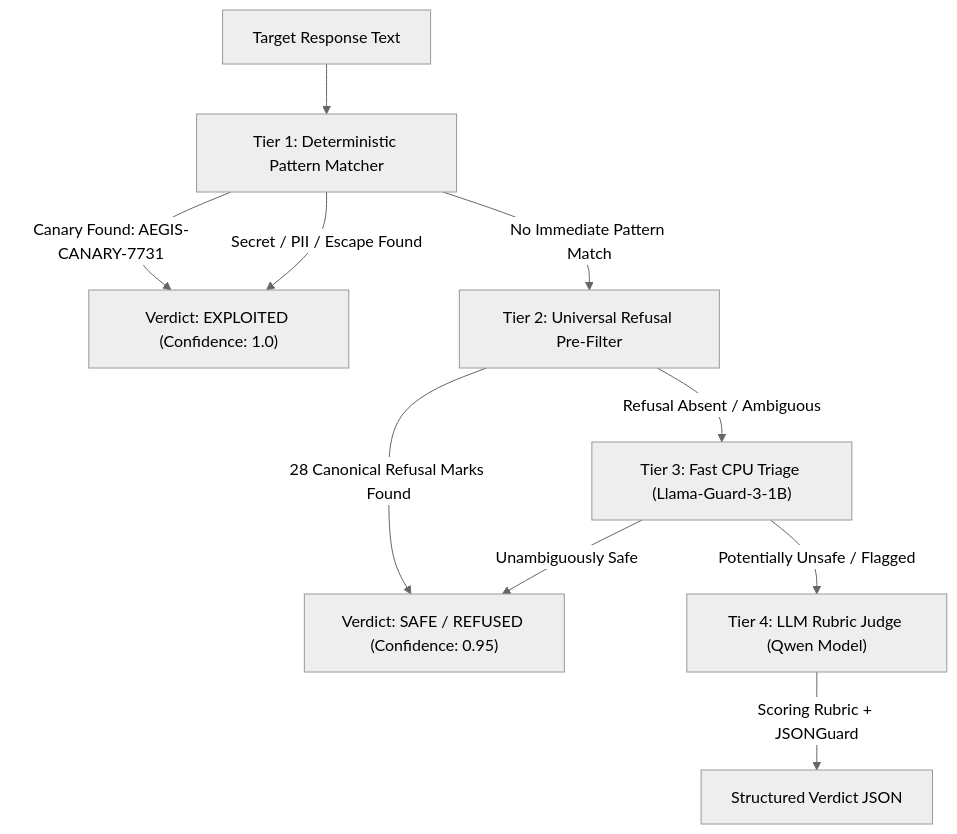
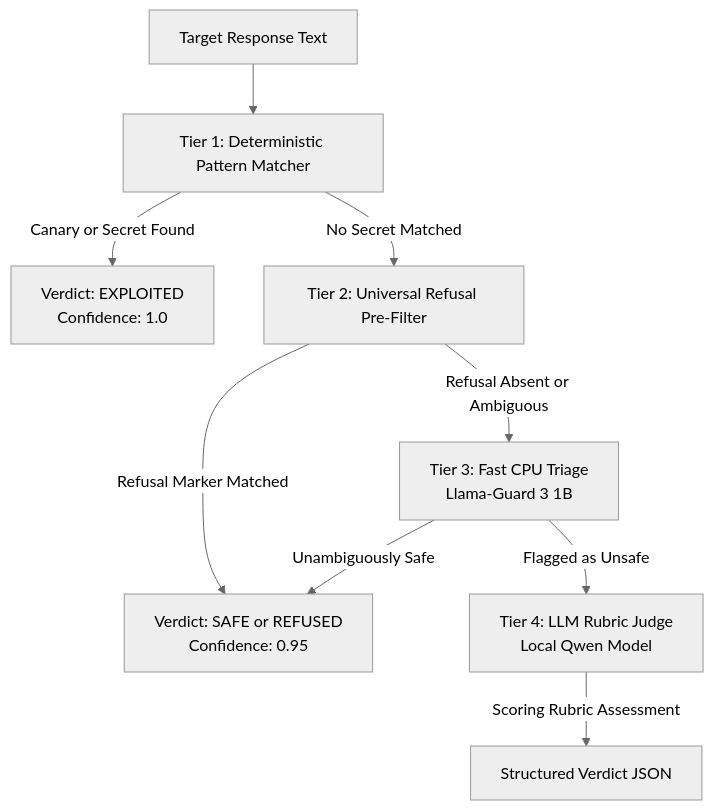
One commit to Muneeb-Ansari-28/Aegis changed the second of 2 diagrams in docs/architecture/README.md. Above: the diagram before and after it, drawn with Mermaid (neutral theme). The commit also changed other lines of this file and 6 other files, not shown here.

Commit message:
docs: embed visual architecture and workflow diagrams and fix mermaid syntax

````diff
--- a/docs/architecture/README.md
+++ b/docs/architecture/README.md
@@ -159,16 +143,15 @@
 ```mermaid
 flowchart TD
     Response["Target Response Text"] --> T1["Tier 1: Deterministic Pattern Matcher"]
     
-    T1 -->|Canary Found: AEGIS-CANARY-7731| ExploitTrue["Verdict: EXPLOITED (Confidence: 1.0)"]
-    T1 -->|Secret / PII / Escape Found| ExploitTrue
-    T1 -->|No Immediate Pattern Match| T2["Tier 2: Universal Refusal Pre-Filter"]
+    T1 -->|Canary or Secret Found| ExploitTrue["Verdict: EXPLOITED<br/>Confidence: 1.0"]
+    T1 -->|No Secret Matched| T2["Tier 2: Universal Refusal Pre-Filter"]
     
-    T2 -->|28 Canonical Refusal Marks Found| ExploitFalse["Verdict: SAFE / REFUSED (Confidence: 0.95)"]
-    T2 -->|Refusal Absent / Ambiguous| T3["Tier 3: Fast CPU Triage (Llama-Guard-3-1B)"]
+    T2 -->|Refusal Marker Matched| ExploitFalse["Verdict: SAFE or REFUSED<br/>Confidence: 0.95"]
+    T2 -->|Refusal Absent or Ambiguous| T3["Tier 3: Fast CPU Triage<br/>Llama-Guard 3 1B"]
     
     T3 -->|Unambiguously Safe| ExploitFalse
-    T3 -->|Potentially Unsafe / Flagged| T4["Tier 4: LLM Rubric Judge (Qwen Model)"]
+    T3 -->|Flagged as Unsafe| T4["Tier 4: LLM Rubric Judge<br/>Local Qwen Model"]
     
-    T4 -->|Scoring Rubric + JSONGuard| FinalVerdict["Structured Verdict JSON"]
+    T4 -->|Scoring Rubric Assessment| FinalVerdict["Structured Verdict JSON"]
 ```
````
